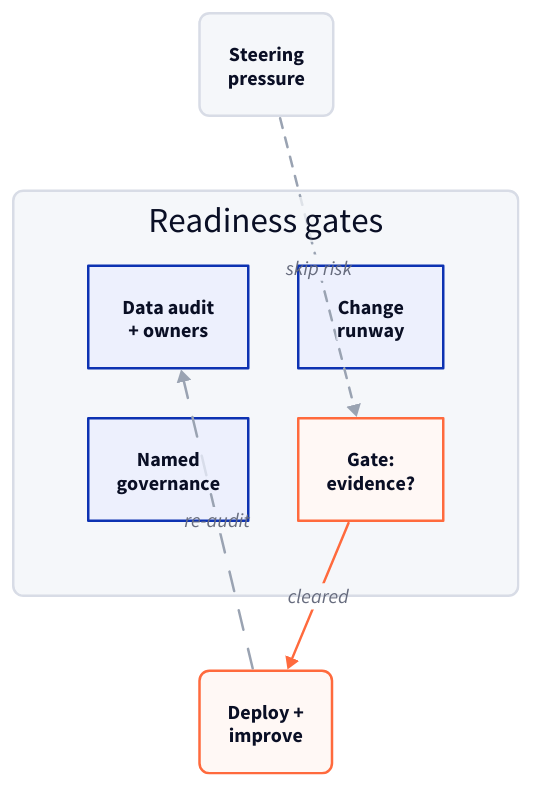
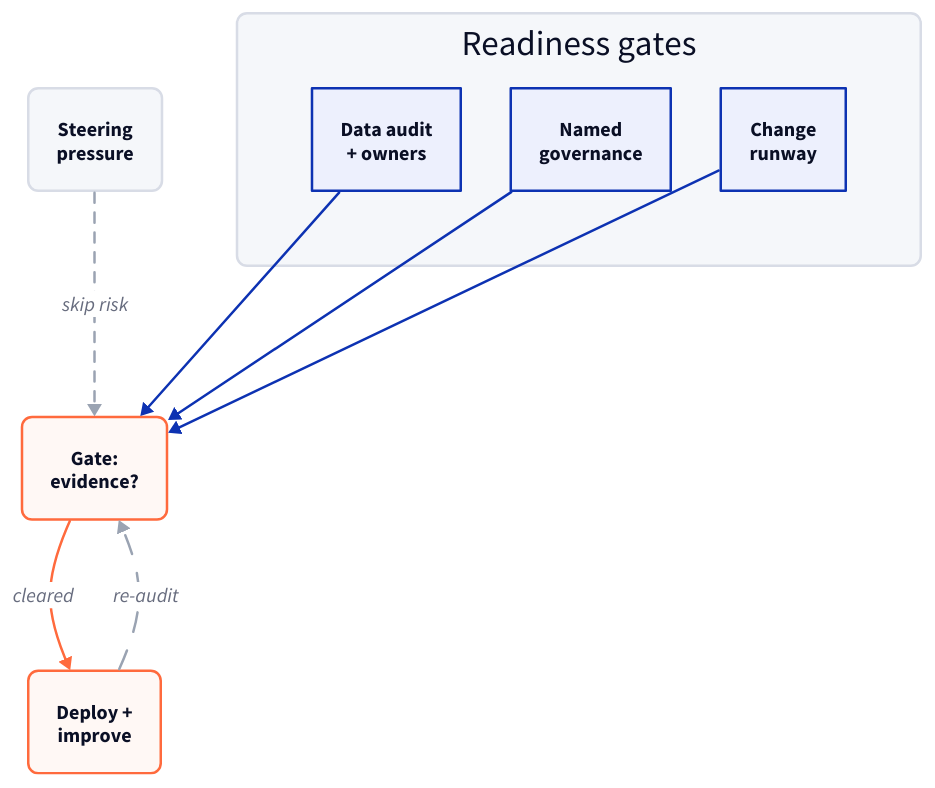
One commit to petralian/Petralian changed the diagram in content/posts/why-your-ai-program-may-fail-before-it-starts.md. Above: the diagram before and after it, drawn with D2. The commit also changed 5 other files, not shown here.

````diff
--- a/content/posts/why-your-ai-program-may-fail-before-it-starts.md
+++ b/content/posts/why-your-ai-program-may-fail-before-it-starts.md
@@ -94,43 +94,48 @@
 ```d2
-direction: right
+direction: down
 
 PRESSURE: "Steering\npressure" {
   style.fill: "#f5f7fa"
   style.stroke: "#d8dce6"
   style.border-radius: 8
 }
 
 GATES: "Readiness gates" {
-  direction: down
-  grid-columns: 2
+  direction: right
+  grid-columns: 3
   style.fill: "#f5f7fa"
   style.stroke: "#d8dce6"
   style.border-radius: 8
 
   DATA: "Data audit\n+ owners"
   GOV: "Named\ngovernance"
   CHANGE: "Change\nrunway"
-  HOLD: "Gate:\nevidence?" {
-    style.fill: "#fff8f5"
-    style.stroke: "#ff6a3d"
-  }
+}
+
+HOLD: "Gate:\nevidence?" {
+  style.fill: "#fff8f5"
+  style.stroke: "#ff6a3d"
+  style.border-radius: 8
 }
 
 DEPLOY: "Deploy +\nimprove" {
   style.fill: "#fff8f5"
   style.stroke: "#ff6a3d"
   style.border-radius: 8
 }
 
-PRESSURE -> GATES.HOLD: "skip risk" {
+PRESSURE -> HOLD: "skip risk" {
   style.stroke: "#9aa3b2"
   style.stroke-dash: 4
 }
-GATES.HOLD -> DEPLOY: "cleared" {
+GATES.DATA -> HOLD
+GATES.GOV -> HOLD
+GATES.CHANGE -> HOLD
+HOLD -> DEPLOY: "cleared" {
   style.stroke: "#ff6a3d"
 }
-DEPLOY -> GATES.DATA: "re-audit" {
+DEPLOY -> HOLD: "re-audit" {
   style.stroke-dash: 8
   style.stroke: "#9aa3b2"
 }
 ```
````
